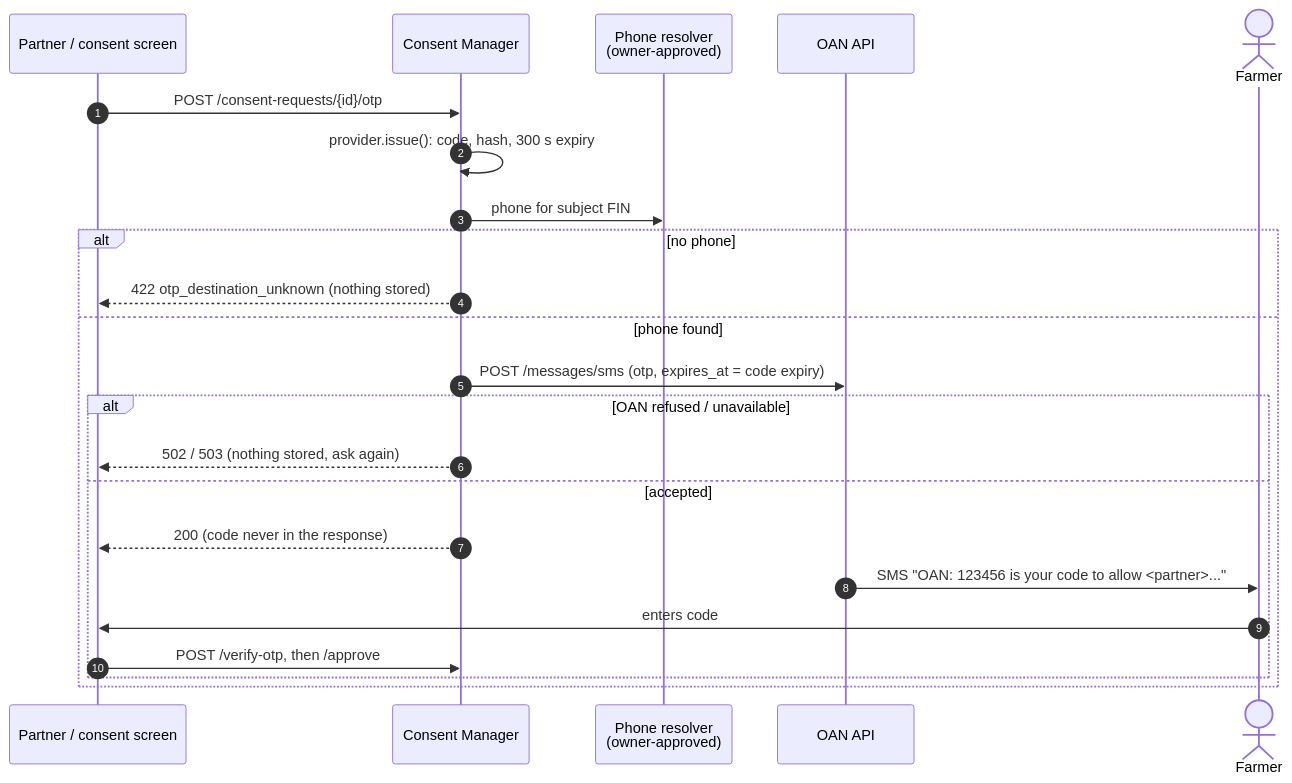
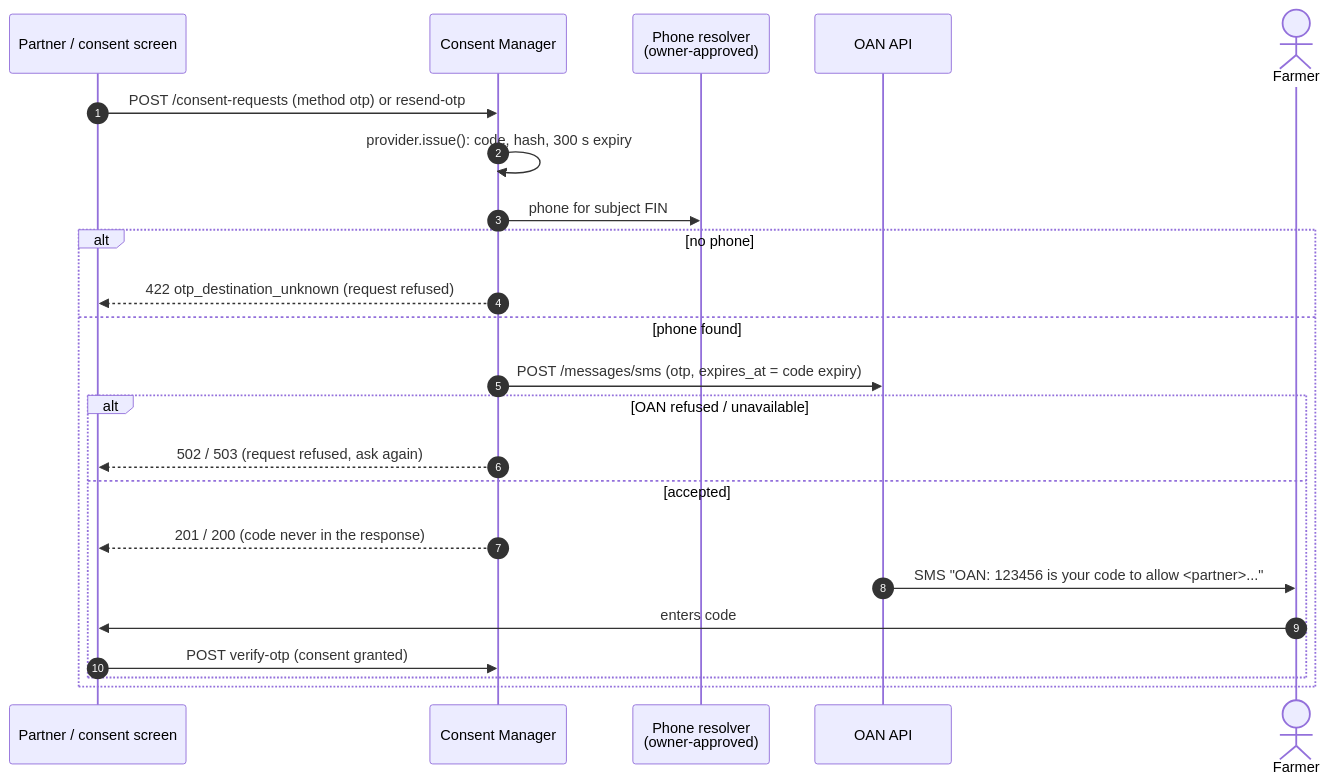
Before and after one commit to Centre-for-Open-Societal-Systems/oan_messaging_service: the diagram in docs/handoff/diagrams/11-dpi-consent.mmd, drawn with Mermaid. The commit also changed 56 other files, not shown here.

```diff
--- a/docs/handoff/diagrams/11-dpi-consent.mmd
+++ b/docs/handoff/diagrams/11-dpi-consent.mmd
@@ -1,24 +1,24 @@
 %% DPI Consent Manager: OTP delivery added to the existing OTP providers
 sequenceDiagram
   autonumber
   participant Partner as Partner / consent screen
   participant CM as Consent Manager
   participant Res as Phone resolver<br/>(owner-approved)
   participant OAN as OAN API
   actor F as Farmer
-  Partner->>CM: POST /consent-requests/{id}/otp
+  Partner->>CM: POST /consent-requests (method otp) or resend-otp
   CM->>CM: provider.issue(): code, hash, 300 s expiry
   CM->>Res: phone for subject FIN
   alt no phone
-    CM-->>Partner: 422 otp_destination_unknown (nothing stored)
+    CM-->>Partner: 422 otp_destination_unknown (request refused)
   else phone found
     CM->>OAN: POST /messages/sms (otp, expires_at = code expiry)
     alt OAN refused / unavailable
-      CM-->>Partner: 502 / 503 (nothing stored, ask again)
+      CM-->>Partner: 502 / 503 (request refused, ask again)
     else accepted
-      CM-->>Partner: 200 (code never in the response)
+      CM-->>Partner: 201 / 200 (code never in the response)
       OAN->>F: SMS "OAN: 123456 is your code to allow <partner>..."
       F->>Partner: enters code
-      Partner->>CM: POST /verify-otp, then /approve
+      Partner->>CM: POST verify-otp (consent granted)
     end
   end
```
